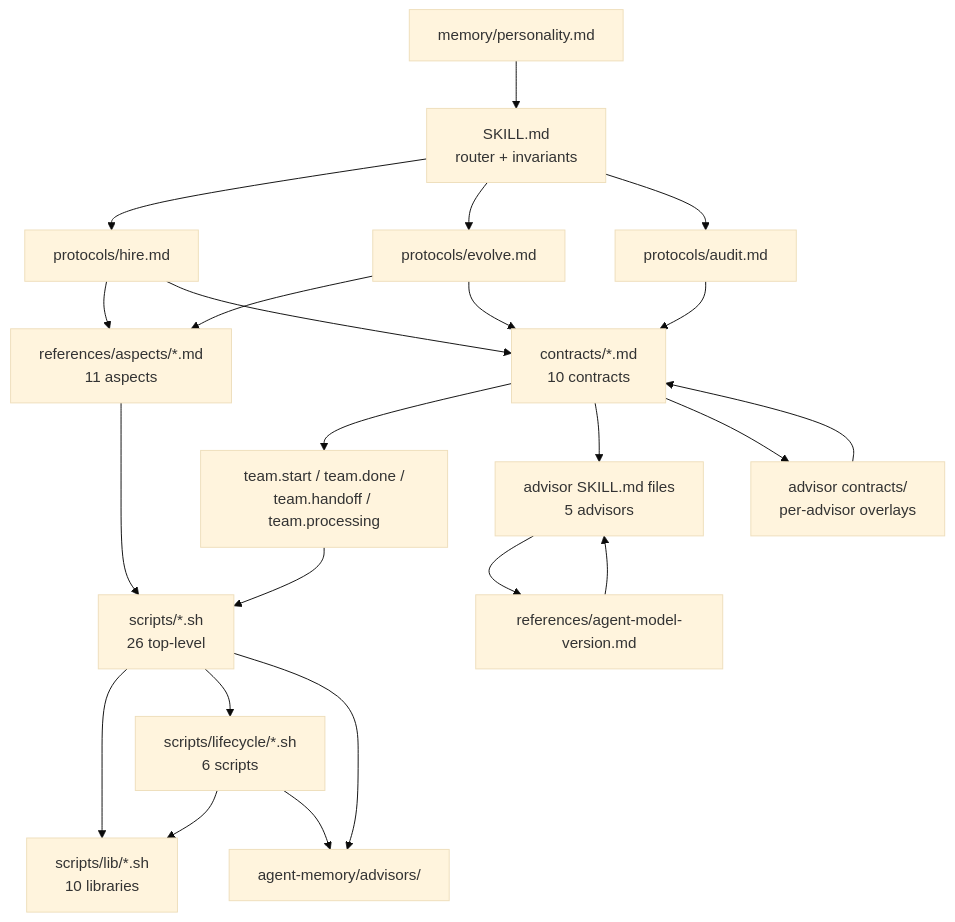
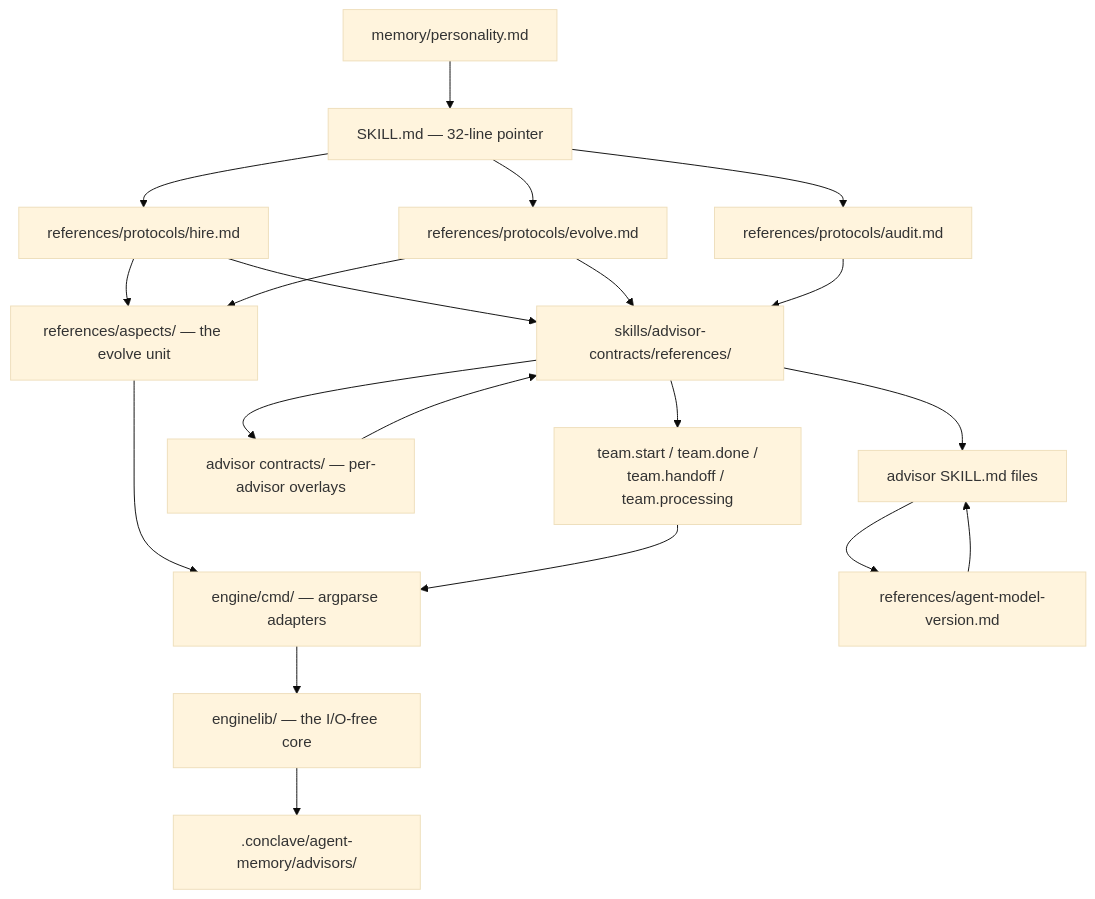
Before and after one commit to ignromanov/conclave: the sixth of 6 diagrams in skills/forge-operations/ARCHITECTURE.md, drawn with Mermaid (base theme). The commit also changed other lines of this file and 2 other files, not shown here.

First line of the commit message:
fix(audit,forge): the check that could only grade an empty set now grades the document (re-targeted #342) (#344)

````diff
--- a/skills/forge-operations/ARCHITECTURE.md
+++ b/skills/forge-operations/ARCHITECTURE.md
@@ -385,41 +399,37 @@
 ```mermaid
 graph TD
-    SKILL[SKILL.md\nrouter + invariants]
-    H[protocols/hire.md]
-    E[protocols/evolve.md]
-    A[protocols/audit.md]
-    ASP[references/aspects/*.md\n11 aspects]
-    CON[contracts/*.md\n10 contracts]
-    SCR[scripts/*.sh\n26 top-level]
-    LIB[scripts/lib/*.sh\n10 libraries]
-    LC[scripts/lifecycle/*.sh\n6 scripts]
+    SKILL[SKILL.md — 32-line pointer]
+    H[references/protocols/hire.md]
+    E[references/protocols/evolve.md]
+    A[references/protocols/audit.md]
+    ASP[references/aspects/ — the evolve unit]
+    CON[skills/advisor-contracts/references/]
+    CLI[engine/cmd/ — argparse adapters]
+    LIB[enginelib/ — the I/O-free core]
     PER[memory/personality.md]
     AMV[references/agent-model-version.md]
-    ADV[advisor SKILL.md files\n5 advisors]
-    OVL[advisor contracts/\nper-advisor overlays]
-    MEM[agent-memory/advisors/]
-    LS[team.start / team.done /\nteam.handoff / team.processing]
+    ADV[advisor SKILL.md files]
+    OVL[advisor contracts/ — per-advisor overlays]
+    MEM[.conclave/agent-memory/advisors/]
+    LS[team.start / team.done /<br/>team.handoff / team.processing]
 
     SKILL --> H
     SKILL --> E
     SKILL --> A
     H --> ASP
     H --> CON
     E --> ASP
     E --> CON
     A --> CON
-    ASP --> SCR
+    ASP --> CLI
     CON --> LS
     CON --> ADV
     CON --> OVL
-    SCR --> LIB
-    SCR --> LC
-    SCR --> MEM
-    LC --> LIB
-    LC --> MEM
+    CLI --> LIB
+    LIB --> MEM
     ADV --> AMV
     OVL --> CON
     PER --> SKILL
     AMV --> ADV
-    LS --> SCR
+    LS --> CLI
 ```
````
